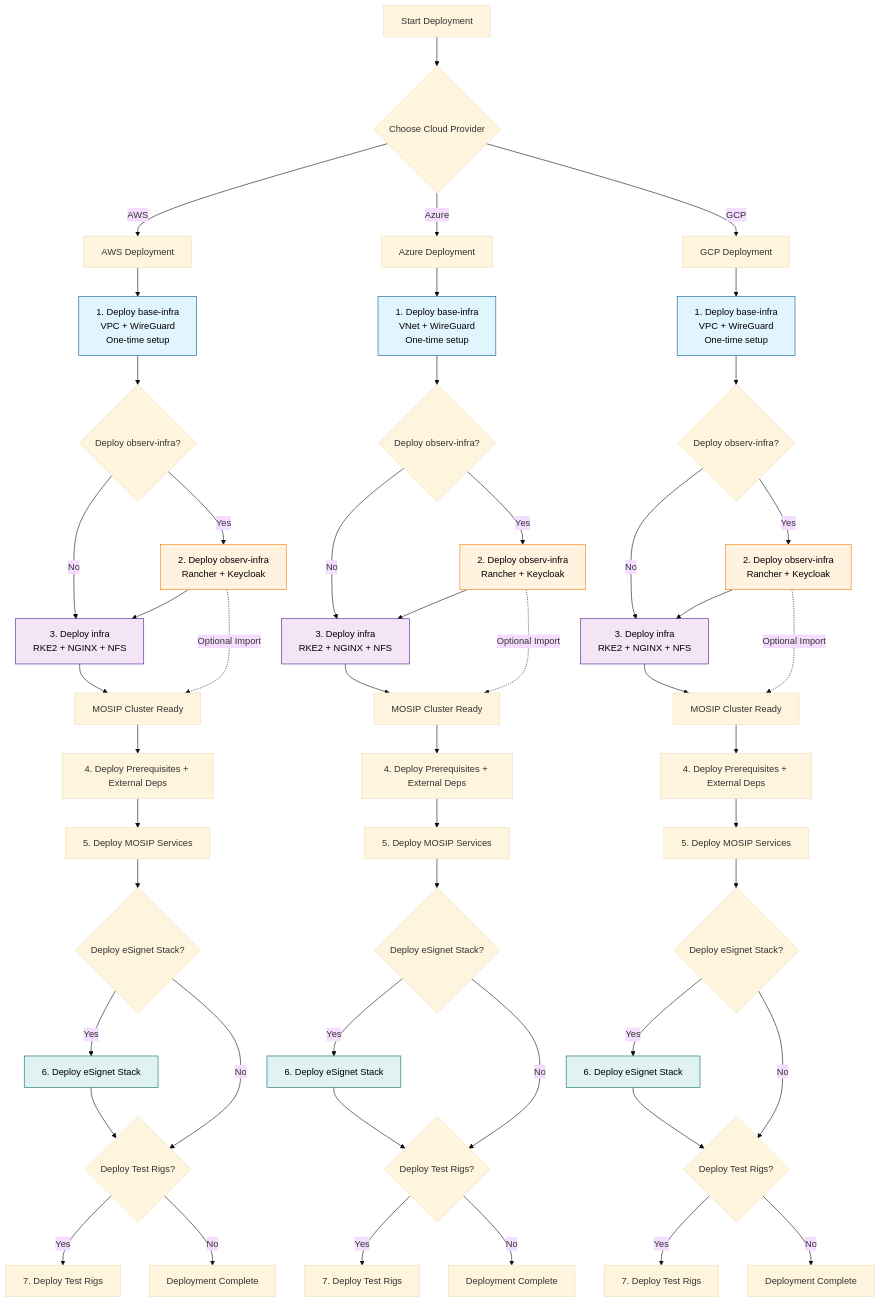
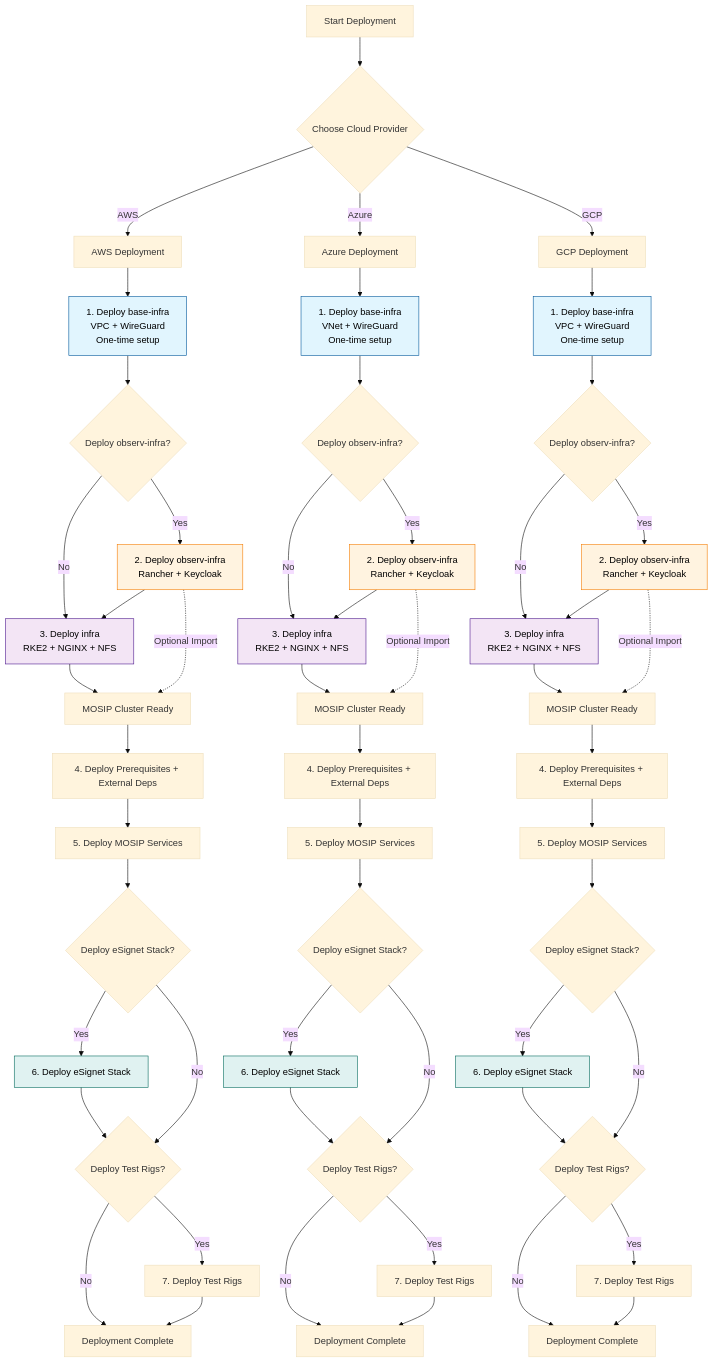
One commit to mosip/infra changed the first of 2 diagrams in docs/_images/ARCHITECTURE_DIAGRAMS.md. Above: the diagram before and after it, drawn with Mermaid (base theme).

Commit message:
Apply suggestion from @coderabbitai[bot]

````diff
--- a/docs/_images/ARCHITECTURE_DIAGRAMS.md
+++ b/docs/_images/ARCHITECTURE_DIAGRAMS.md
@@ -7,75 +7,78 @@
 ```mermaid
 graph TD
  A[Start Deployment] --> B{Choose Cloud Provider}
  B -->|AWS| C[AWS Deployment]
  B -->|Azure| D[Azure Deployment] 
  B -->|GCP| E[GCP Deployment]
  
  C --> F[1. Deploy base-infra<br/>VPC + WireGuard<br/>One-time setup]
  D --> G[1. Deploy base-infra<br/>VNet + WireGuard<br/>One-time setup]
  E --> H[1. Deploy base-infra<br/>VPC + WireGuard<br/>One-time setup]
  
  F --> I{Deploy observ-infra?}
  G --> J{Deploy observ-infra?}
  H --> K{Deploy observ-infra?}
  
  I -->|Yes| L[2. Deploy observ-infra<br/>Rancher + Keycloak]
  I -->|No| M[3. Deploy infra<br/>RKE2 + NGINX + NFS]
  J -->|Yes| N[2. Deploy observ-infra<br/>Rancher + Keycloak]
  J -->|No| O[3. Deploy infra<br/>RKE2 + NGINX + NFS]
  K -->|Yes| P[2. Deploy observ-infra<br/>Rancher + Keycloak]
  K -->|No| Q[3. Deploy infra<br/>RKE2 + NGINX + NFS]
  
  L --> M
  N --> O
  P --> Q
  
  M --> R[MOSIP Cluster Ready]
  O --> S[MOSIP Cluster Ready]
  Q --> T[MOSIP Cluster Ready]
  
  L -.->|Optional Import| R
  N -.->|Optional Import| S
  P -.->|Optional Import| T
  
  R --> R1[4. Deploy Prerequisites + External Deps]
  S --> S1[4. Deploy Prerequisites + External Deps]
  T --> T1[4. Deploy Prerequisites + External Deps]
  
  R1 --> R2[5. Deploy MOSIP Services]
  S1 --> S2[5. Deploy MOSIP Services]
  T1 --> T2[5. Deploy MOSIP Services]
  
  R2 --> RE{Deploy eSignet Stack?}
  S2 --> SE{Deploy eSignet Stack?}
  T2 --> TE{Deploy eSignet Stack?}
  RE -->|Yes| R3[6. Deploy eSignet Stack]
  SE -->|Yes| S3[6. Deploy eSignet Stack]
  TE -->|Yes| T3[6. Deploy eSignet Stack]
  
  R3 --> RT{Deploy Test Rigs?}
  S3 --> ST{Deploy Test Rigs?}
  T3 --> TT{Deploy Test Rigs?}
  RE -->|No| RT
  SE -->|No| ST
  TE -->|No| TT
- RT -->|Yes| R4[7. Deploy Test Rigs]
- ST -->|Yes| S4[7. Deploy Test Rigs]
- TT -->|Yes| T4[7. Deploy Test Rigs]
- RT -->|No| R_Done[Deployment Complete]
- ST -->|No| S_Done[Deployment Complete]
- TT -->|No| T_Done[Deployment Complete]
+RT -->|Yes| R4[7. Deploy Test Rigs]
+ST -->|Yes| S4[7. Deploy Test Rigs]
+TT -->|Yes| T4[7. Deploy Test Rigs]
+RT -->|No| R_Done[Deployment Complete]
+ST -->|No| S_Done[Deployment Complete]
+TT -->|No| T_Done[Deployment Complete]
+R4 --> R_Done
+S4 --> S_Done
+T4 --> T_Done
  
  style F fill:#e1f5fe,stroke:#01579b,color:#000000
  style G fill:#e1f5fe,stroke:#01579b,color:#000000
  style H fill:#e1f5fe,stroke:#01579b,color:#000000
  style L fill:#fff3e0,stroke:#f57c00,color:#000000
  style N fill:#fff3e0,stroke:#f57c00,color:#000000
  style P fill:#fff3e0,stroke:#f57c00,color:#000000
  style M fill:#f3e5f5,stroke:#4a148c,color:#000000
  style O fill:#f3e5f5,stroke:#4a148c,color:#000000
  style Q fill:#f3e5f5,stroke:#4a148c,color:#000000
  style R3 fill:#e0f2f1,stroke:#00695c,color:#000000
  style S3 fill:#e0f2f1,stroke:#00695c,color:#000000
  style T3 fill:#e0f2f1,stroke:#00695c,color:#000000
 ```
````
